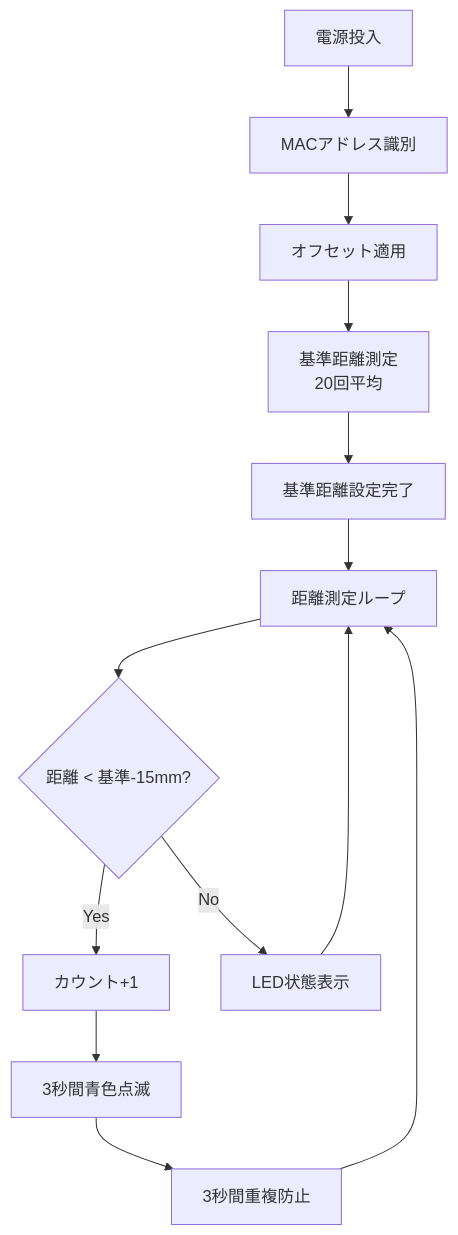
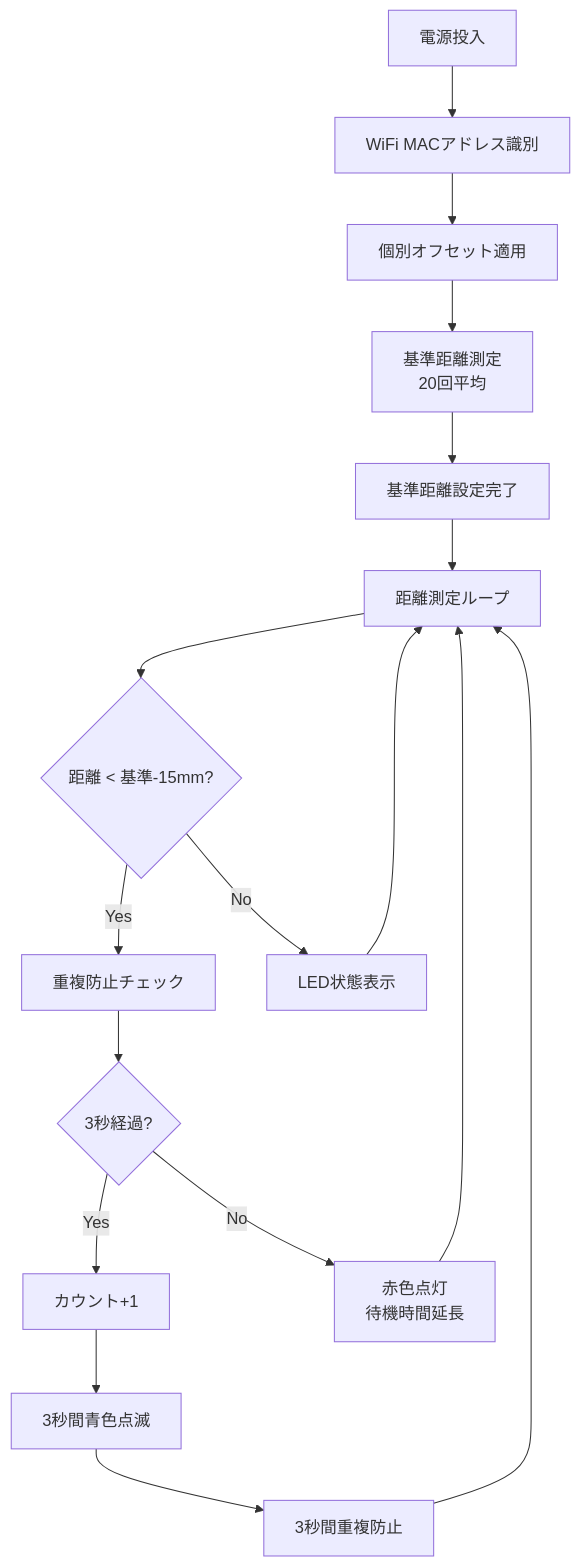
The second of 4 diagrams in README.md (YakiFrog/yonku_counter2), drawn with Mermaid before and after one commit. The commit also changed other lines of this file, not shown here.

````diff
--- a/README.md
+++ b/README.md
@@ -94,15 +102,19 @@
 ```mermaid
 graph TD
-    A[電源投入] --> B[MACアドレス識別]
-    B --> C[オフセット適用]
+    A[電源投入] --> B[WiFi MACアドレス識別]
+    B --> C[個別オフセット適用]
     C --> D[基準距離測定<br/>20回平均]
     D --> E[基準距離設定完了]
     E --> F[距離測定ループ]
     F --> G{距離 < 基準-15mm?}
-    G -->|Yes| H[カウント+1]
-    H --> I[3秒間青色点滅]
-    I --> J[3秒間重複防止]
-    J --> F
-    G -->|No| K[LED状態表示]
-    K --> F
+    G -->|Yes| H[重複防止チェック]
+    H --> I{3秒経過?}
+    I -->|Yes| J[カウント+1]
+    J --> K[3秒間青色点滅]
+    K --> L[3秒間重複防止]
+    L --> F
+    I -->|No| M[赤色点灯<br/>待機時間延長]
+    M --> F
+    G -->|No| N[LED状態表示]
+    N --> F
 ```
````
